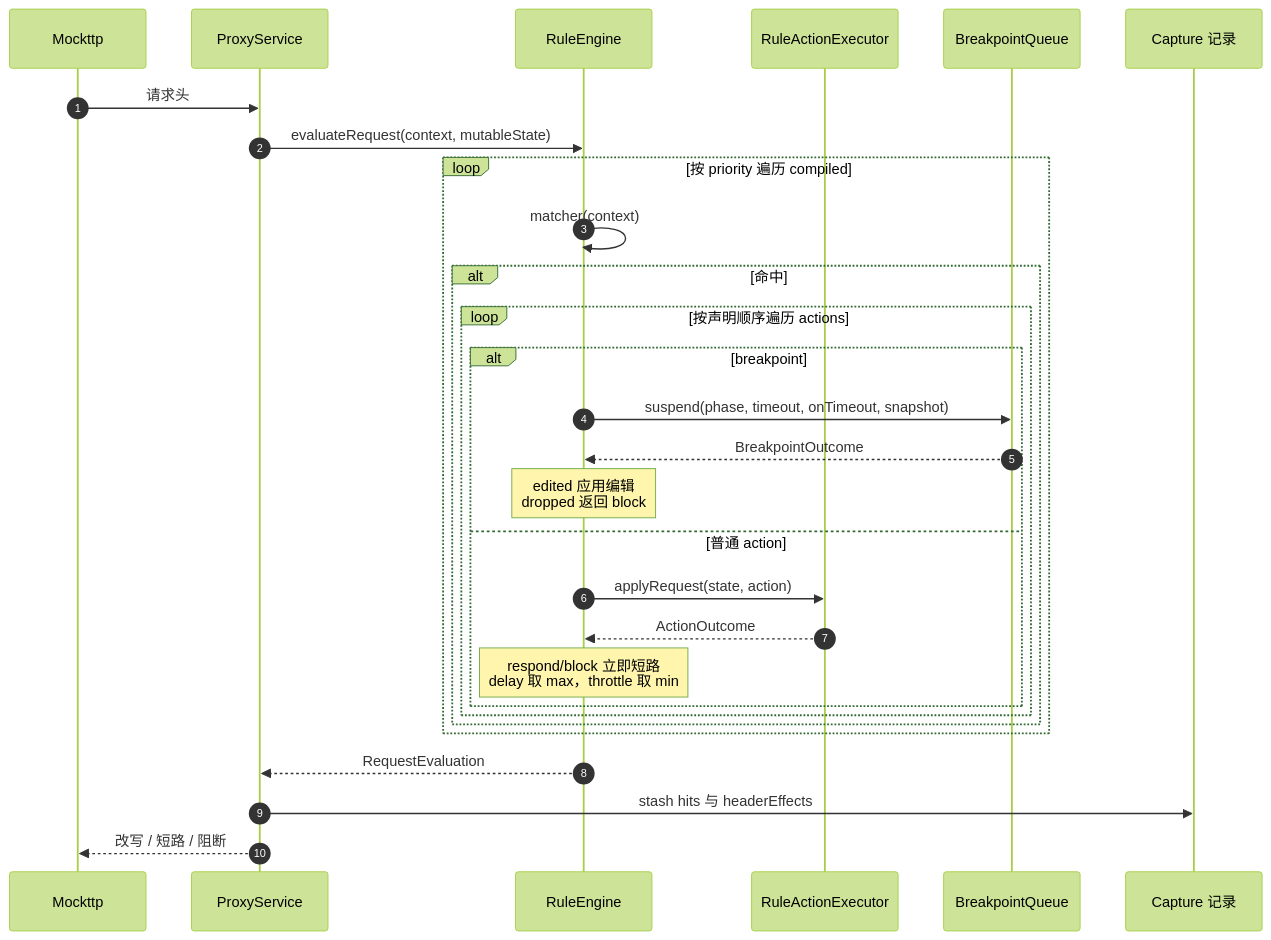
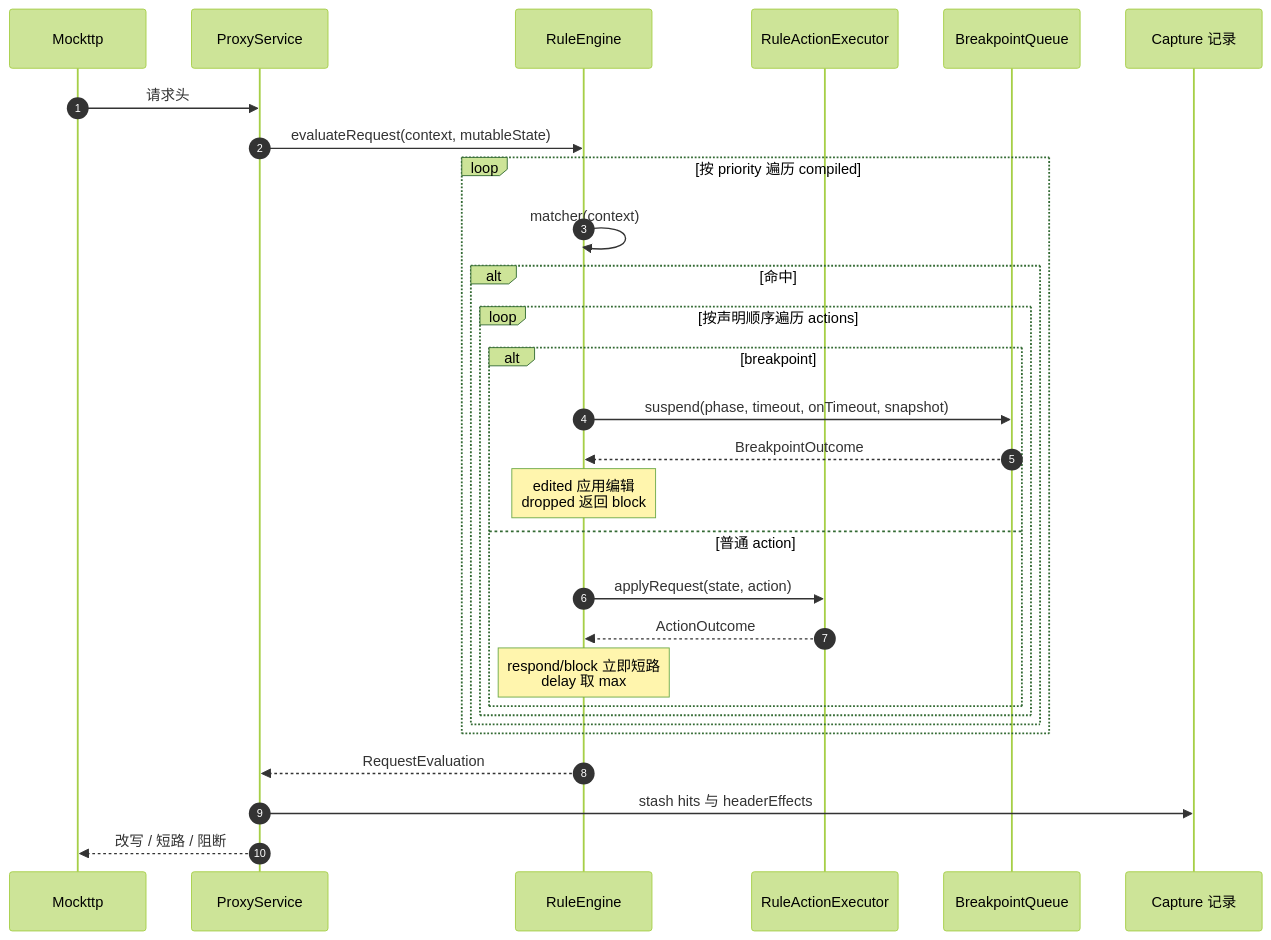
The second of 6 diagrams in architecture/feature-rules.md (zhxmt-xm/Interceptor), drawn with Mermaid (forest theme) before and after one commit. The commit also changed other lines of this file and 12 other files, not shown here.

````diff
--- a/architecture/feature-rules.md
+++ b/architecture/feature-rules.md
@@ -215,34 +216,34 @@
 ```mermaid
 sequenceDiagram
     autonumber
     participant Mockttp
     participant Proxy as ProxyService
     participant Engine as RuleEngine
     participant Exec as RuleActionExecutor
     participant BP as BreakpointQueue
     participant Capture as Capture 记录
 
     Mockttp->>Proxy: 请求头
     Proxy->>Engine: evaluateRequest(context, mutableState)
 
     loop 按 priority 遍历 compiled
         Engine->>Engine: matcher(context)
         alt 命中
             loop 按声明顺序遍历 actions
                 alt breakpoint
                     Engine->>BP: suspend(phase, timeout, onTimeout, snapshot)
                     BP-->>Engine: BreakpointOutcome
                     Note over Engine: edited 应用编辑<br/>dropped 返回 block
                 else 普通 action
                     Engine->>Exec: applyRequest(state, action)
                     Exec-->>Engine: ActionOutcome
-                    Note over Engine: respond/block 立即短路<br/>delay 取 max，throttle 取 min
+                    Note over Engine: respond/block 立即短路<br/>delay 取 max
                 end
             end
         end
     end
 
     Engine-->>Proxy: RequestEvaluation
     Proxy->>Capture: stash hits 与 headerEffects
     Proxy-->>Mockttp: 改写 / 短路 / 阻断
 ```
````
